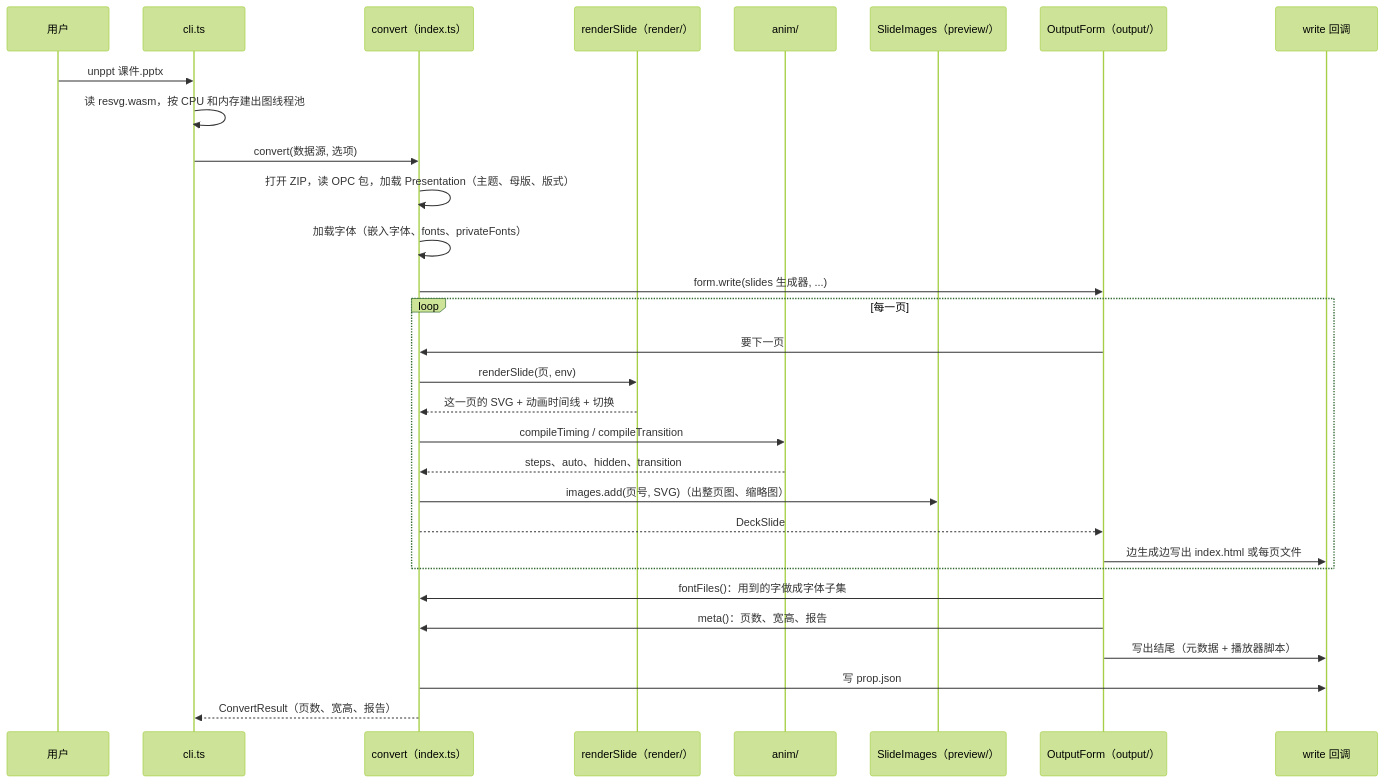
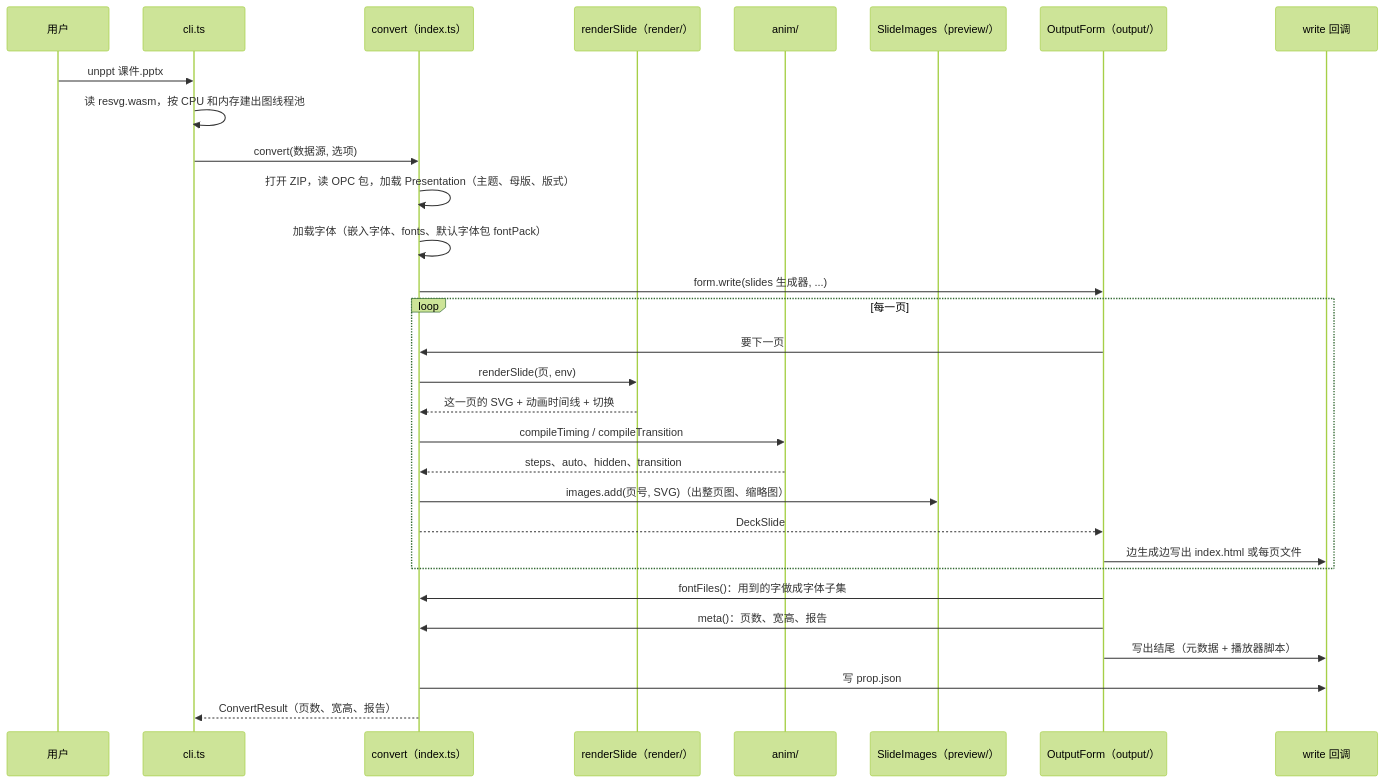
The fifth of 16 diagrams in docs/zh/architecture.md (spitmaster/unppt), drawn with Mermaid (forest theme) before and after one commit. The commit also changed other lines of this file and 15 other files, not shown here.

````diff
--- a/docs/zh/architecture.md
+++ b/docs/zh/architecture.md
@@ -205,33 +207,33 @@
 ```mermaid
 sequenceDiagram
   participant U as 用户
   participant CLI as cli.ts
   participant C as convert（index.ts）
   participant R as renderSlide（render/）
   participant A as anim/
   participant I as SlideImages（preview/）
   participant O as OutputForm（output/）
   participant W as write 回调
 
   U->>CLI: unppt 课件.pptx
   CLI->>CLI: 读 resvg.wasm，按 CPU 和内存建出图线程池
   CLI->>C: convert(数据源, 选项)
   C->>C: 打开 ZIP，读 OPC 包，加载 Presentation（主题、母版、版式）
-  C->>C: 加载字体（嵌入字体、fonts、privateFonts）
+  C->>C: 加载字体（嵌入字体、fonts、默认字体包 fontPack）
   C->>O: form.write(slides 生成器, ...)
   loop 每一页
     O->>C: 要下一页
     C->>R: renderSlide(页, env)
     R-->>C: 这一页的 SVG + 动画时间线 + 切换
     C->>A: compileTiming / compileTransition
     A-->>C: steps、auto、hidden、transition
     C->>I: images.add(页号, SVG)（出整页图、缩略图）
     C-->>O: DeckSlide
     O->>W: 边生成边写出 index.html 或每页文件
   end
   O->>C: fontFiles()：用到的字做成字体子集
   O->>C: meta()：页数、宽高、报告
   O->>W: 写出结尾（元数据 + 播放器脚本）
   C->>W: 写 prop.json
   C-->>CLI: ConvertResult（页数、宽高、报告）
 ```
````
